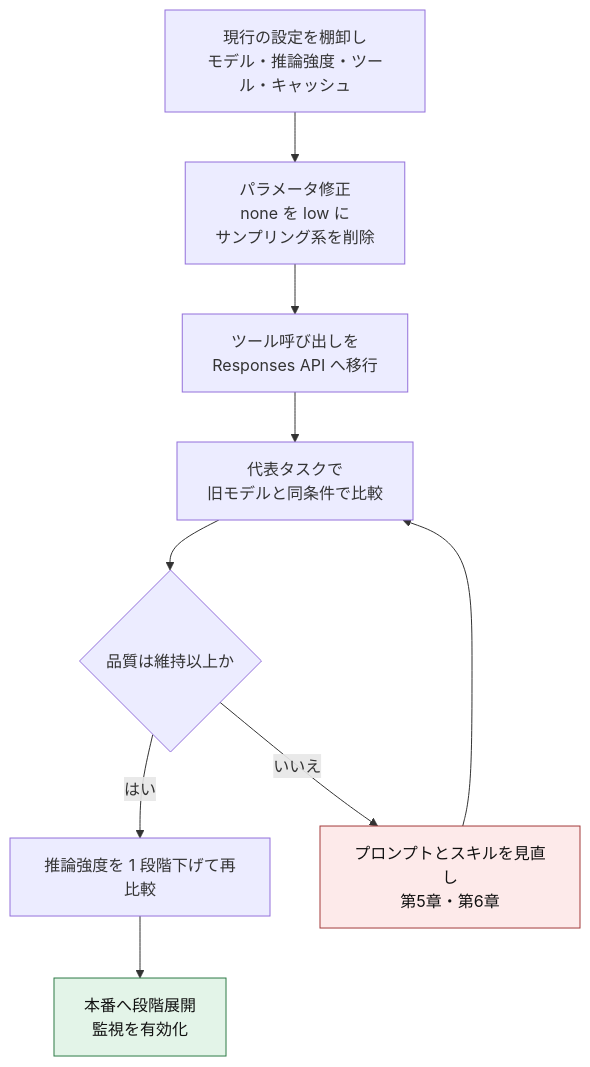
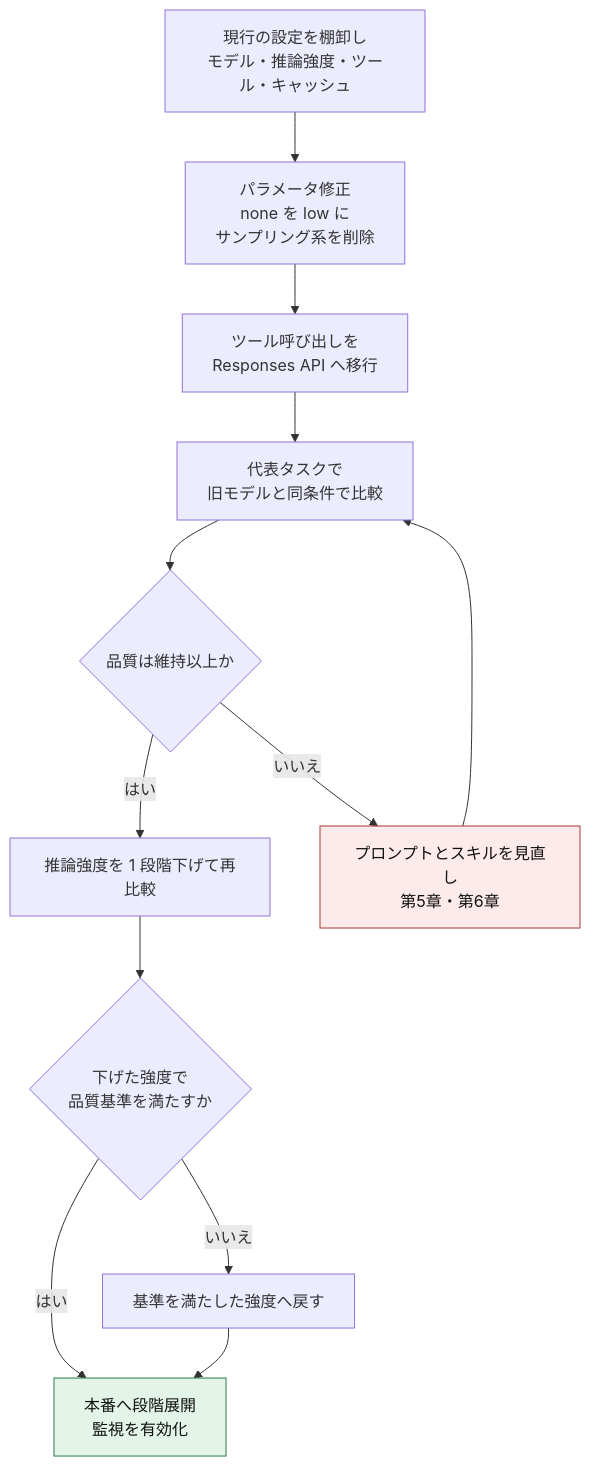
One commit to myoshi2891/Comparison-of-LLMs changed the third of 12 diagrams in Openai-gpt-6-astra-best-practices-guide.md. Above: the diagram before and after it, drawn with Mermaid. The commit also changed other lines of this file, not shown here.

Commit message:
docs(openai): refine reasoning flow, draft PR approval, and PTC tool cancellation in Astra guide

````diff
--- a/Openai-gpt-6-astra-best-practices-guide.md
+++ b/Openai-gpt-6-astra-best-practices-guide.md
@@ -195,15 +195,18 @@
 ```mermaid
 flowchart TB
   A["現行の設定を棚卸し<br/>モデル・推論強度・ツール・キャッシュ"] --> B["パラメータ修正<br/>none を low に<br/>サンプリング系を削除"]
   B --> C["ツール呼び出しを<br/>Responses API へ移行"]
   C --> D["代表タスクで<br/>旧モデルと同条件で比較"]
   D --> E{"品質は維持以上か"}
   E -- "はい" --> F["推論強度を 1 段階下げて再比較"]
   E -- "いいえ" --> G["プロンプトとスキルを見直し<br/>第5章・第6章"]
   G --> D
-  F --> H["本番へ段階展開<br/>監視を有効化"]
+  F --> I{"下げた強度で<br/>品質基準を満たすか"}
+  I -- "はい" --> H["本番へ段階展開<br/>監視を有効化"]
+  I -- "いいえ" --> J["基準を満たした強度へ戻す"]
+  J --> H
   classDef ok fill:#e3f4e8,stroke:#2d7a46,color:#111
   classDef warn fill:#fdeaea,stroke:#a33b3b,color:#111
   class H ok
   class G warn
 ```
````
